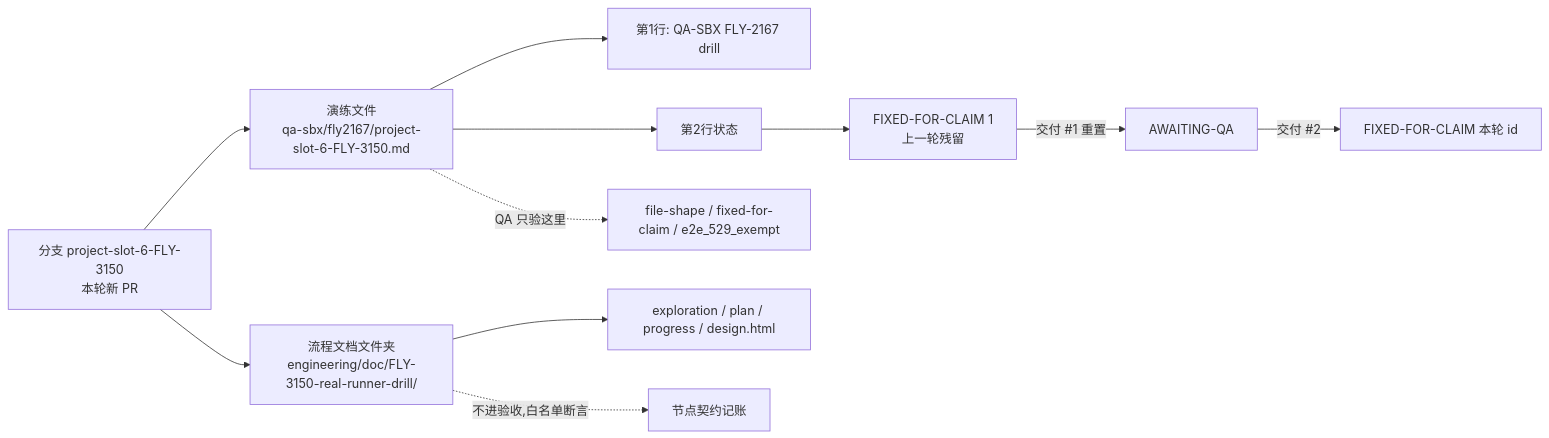
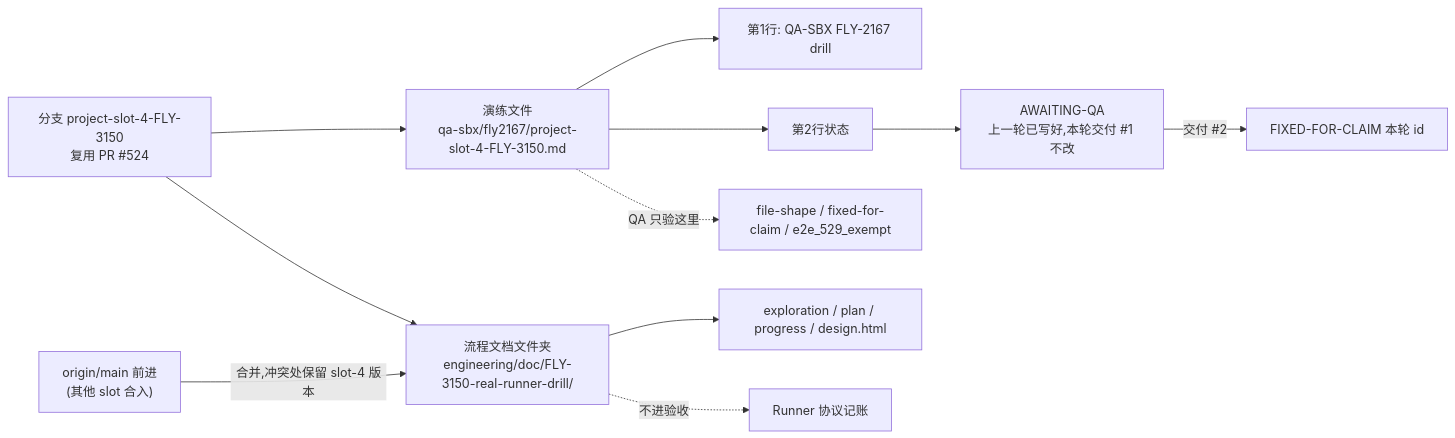
Before and after one commit to xrliAnnie/flywheel-qa-sandbox: the diagram in engineering/doc/FLY-3150-real-runner-drill/d2-data-model.mmd, drawn with Mermaid. The commit also changed 9 other files, not shown here.

First line of the commit message:
FLY-3150 QA-SBX FLY-2167 real-runner drill (run 2eae0ffd) (#524)

```diff
--- a/engineering/doc/FLY-3150-real-runner-drill/d2-data-model.mmd
+++ b/engineering/doc/FLY-3150-real-runner-drill/d2-data-model.mmd
@@ -1,11 +1,11 @@
 flowchart LR
-    B["分支 project-slot-6-FLY-3150<br/>本轮新 PR"] --> T["演练文件<br/>qa-sbx/fly2167/project-slot-6-FLY-3150.md"]
+    B["分支 project-slot-4-FLY-3150<br/>复用 PR #524"] --> T["演练文件<br/>qa-sbx/fly2167/project-slot-4-FLY-3150.md"]
     B --> P["流程文档文件夹<br/>engineering/doc/FLY-3150-real-runner-drill/"]
     T --> L1["第1行: QA-SBX FLY-2167 drill"]
     T --> L2["第2行状态"]
-    L2 --> S0["FIXED-FOR-CLAIM 1<br/>上一轮残留"]
-    S0 -->|"交付 #1 重置"| S1["AWAITING-QA"]
+    L2 --> S1["AWAITING-QA<br/>上一轮已写好,本轮交付 #1 不改"]
     S1 -->|"交付 #2"| S2["FIXED-FOR-CLAIM 本轮 id"]
     P --> X["exploration / plan / progress / design.html"]
+    M["origin/main 前进<br/>(其他 slot 合入)"] -->|"合并,冲突处保留 slot-4 版本"| P
     T -. "QA 只验这里" .-> C["file-shape / fixed-for-claim / e2e_529_exempt"]
-    P -. "不进验收,白名单断言" .-> N["节点契约记账"]
+    P -. "不进验收" .-> N["Runner 协议记账"]
```
